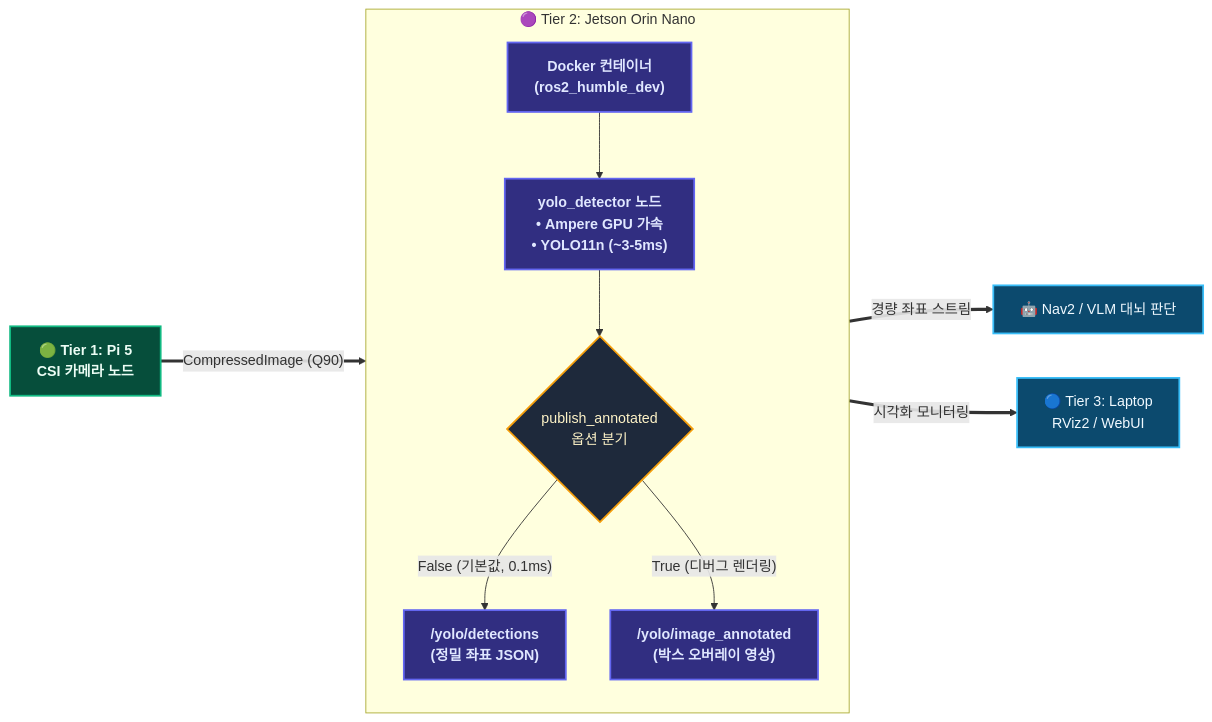
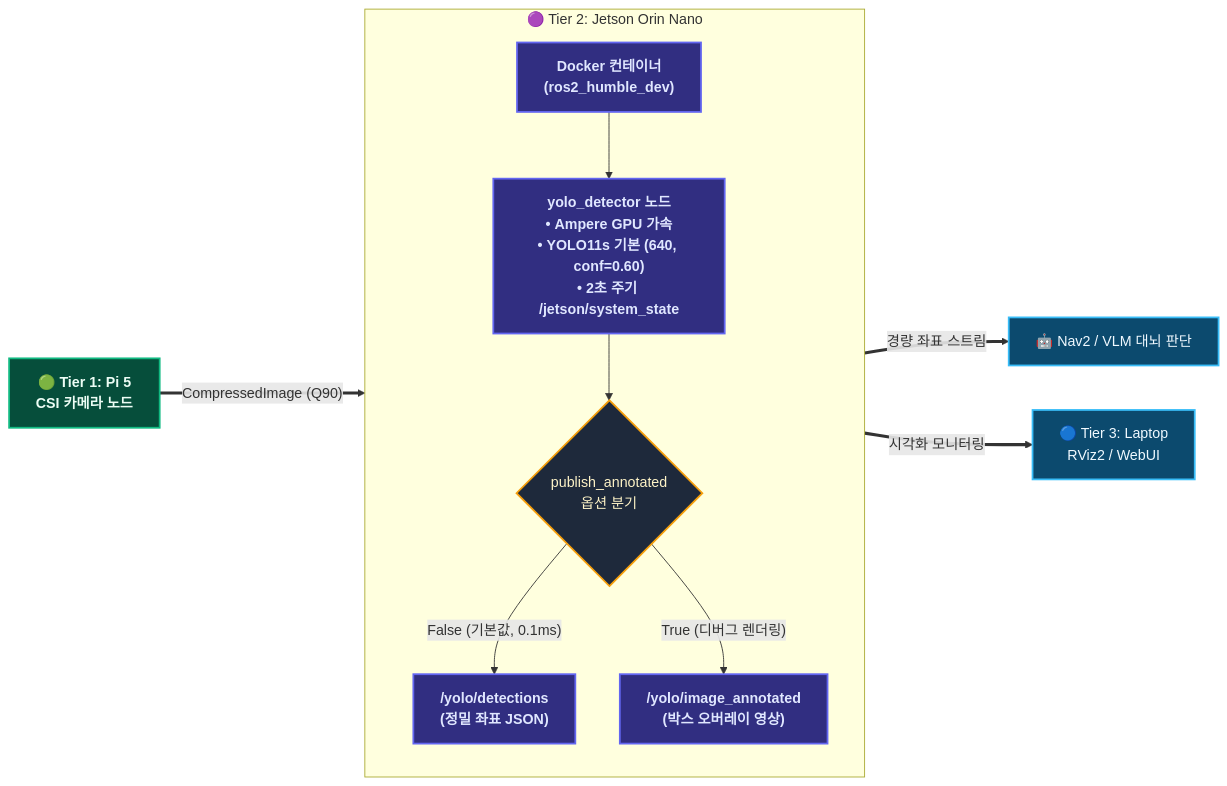
One commit to woongzun999-debug/ros2_JTA changed the first of 2 diagrams in docs/2_tiers/tier2_jetson_orin_nano/yolo11n_package.md. Above: the diagram before and after it, drawn with Mermaid. The commit also changed other lines of this file and 32 other files, not shown here.

````diff
--- a/docs/2_tiers/tier2_jetson_orin_nano/yolo11n_package.md
+++ b/docs/2_tiers/tier2_jetson_orin_nano/yolo11n_package.md
@@ -26,21 +27,21 @@
 ```mermaid
 flowchart LR
     %% 글로벌 테마 스타일링
     classDef t1 fill:#064e3b,stroke:#10b981,stroke-width:2px,color:#ecfdf5,font-weight:bold;
     classDef t2 fill:#312e81,stroke:#6366f1,stroke-width:2px,color:#e0e7ff,font-weight:bold;
     classDef t3 fill:#0c4a6e,stroke:#38bdf8,stroke-width:2px,color:#f0f9ff;
     classDef dec fill:#1e293b,stroke:#f59e0b,stroke-width:2px,color:#fef3c7;
 
     A["🟢 <b>Tier 1: Pi 5</b><br>CSI 카메라 노드"]:::t1 ==>|"CompressedImage (Q90)"| B["Docker 컨테이너<br>(ros2_humble_dev)"]:::t2
     
     subgraph Jetson ["🟣 Tier 2: Jetson Orin Nano"]
         direction TB
-        B --> C["<b>yolo_detector 노드</b><br>• Ampere GPU 가속<br>• YOLO11n (~3-5ms)"]:::t2
+        B --> C["<b>yolo_detector 노드</b><br>• Ampere GPU 가속<br>• YOLO11s 기본 (640, conf=0.60)<br>• 2초 주기 /jetson/system_state"]:::t2
         C --> D{"publish_annotated<br>옵션 분기"}:::dec
         D -->|"False (기본값, 0.1ms)"| E["<b>/yolo/detections</b><br>(정밀 좌표 JSON)"]:::t2
         D -->|"True (디버그 렌더링)"| F["<b>/yolo/image_annotated</b><br>(박스 오버레이 영상)"]:::t2
     end
 
     E ==>|"경량 좌표 스트림"| G["🤖 Nav2 / VLM 대뇌 판단"]:::t3
     F ==>|"시각화 모니터링"| H["🔵 Tier 3: Laptop<br>RViz2 / WebUI"]:::t3
 ```
````
